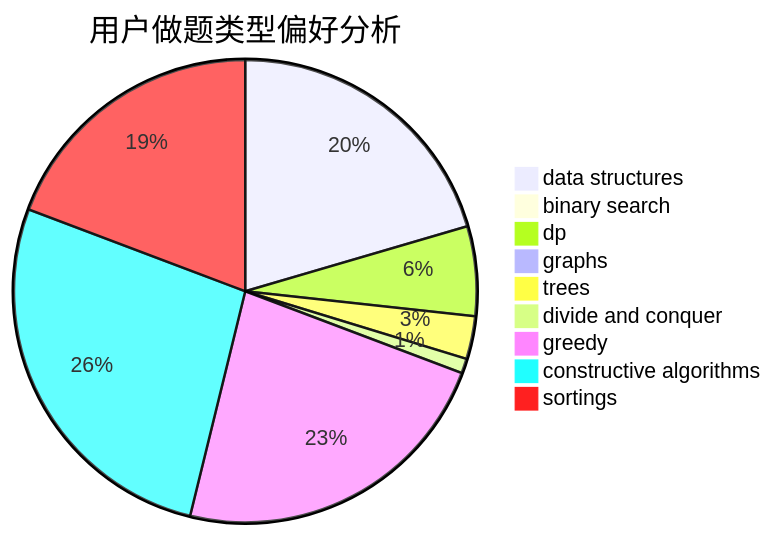
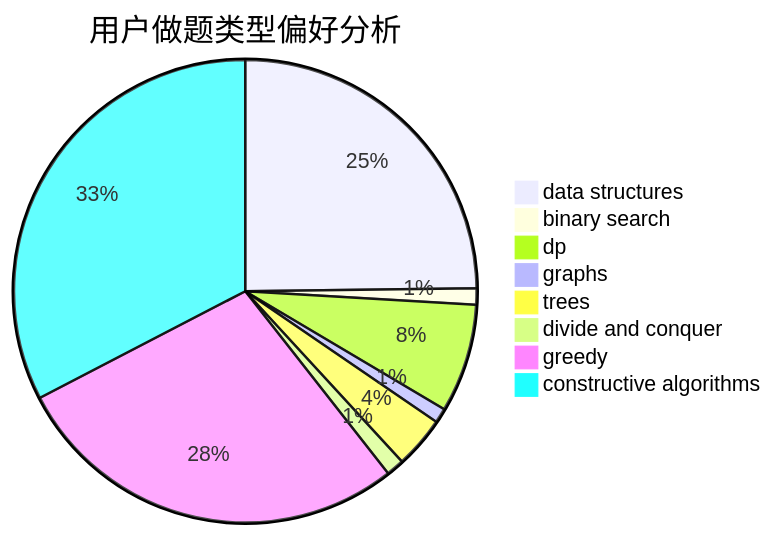
One commit to sherpahu/cfrs.github.io changed the second of 3 diagrams in docs/user/u892.md. Above: the diagram before and after it, drawn with Mermaid. The commit also changed other lines of this file and 2769 other files, not shown here.

````diff
--- a/docs/user/u892.md
+++ b/docs/user/u892.md
@@ -18,12 +18,11 @@
 ```mermaid
 pie title 用户做题类型偏好分析
     "data structures" :  219
     "binary search" :  10
     "dp" :  67
     "graphs" :  9
     "trees" :  32
     "divide and conquer" :  11
     "greedy" :  247
     "constructive algorithms" :  288
-    "sortings" :  206
 ```
````
